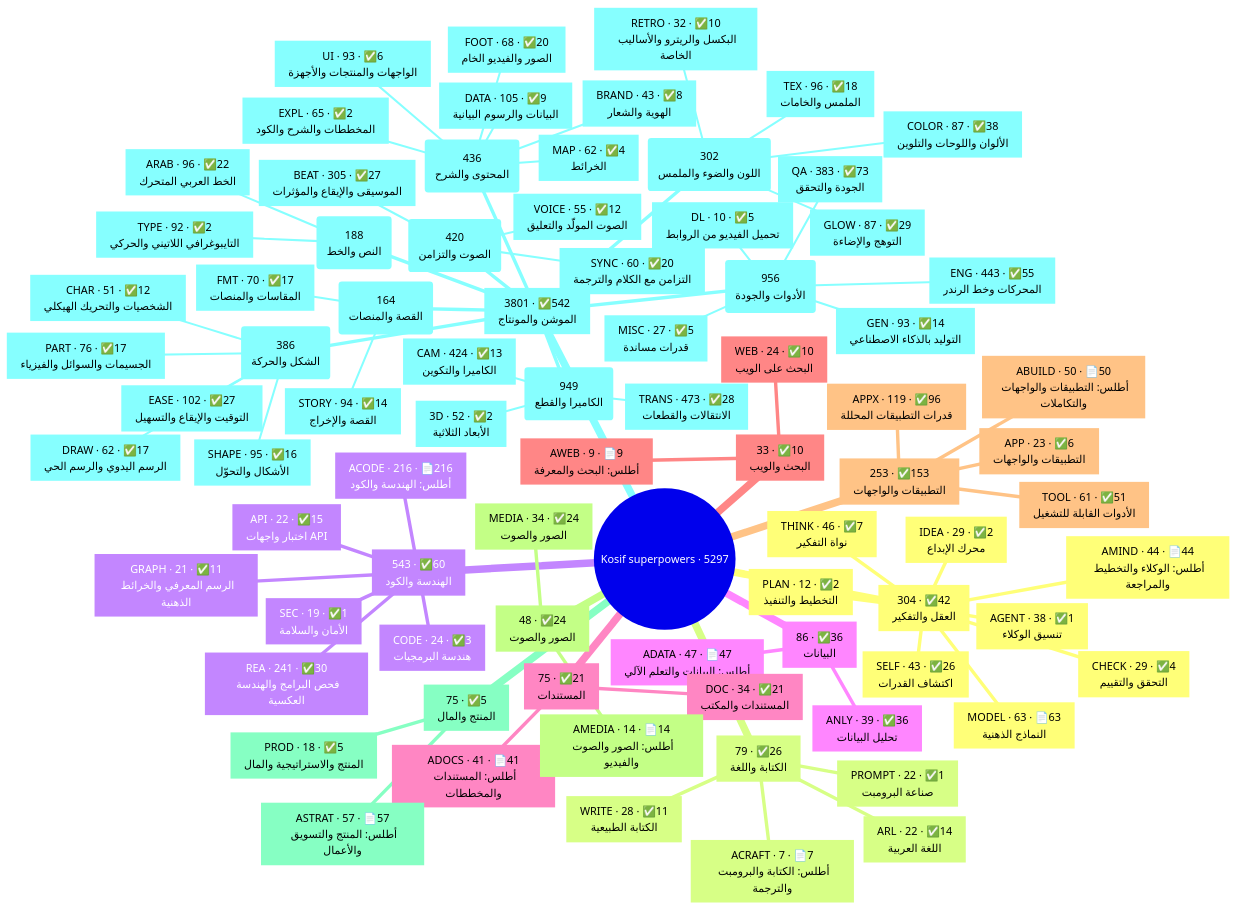
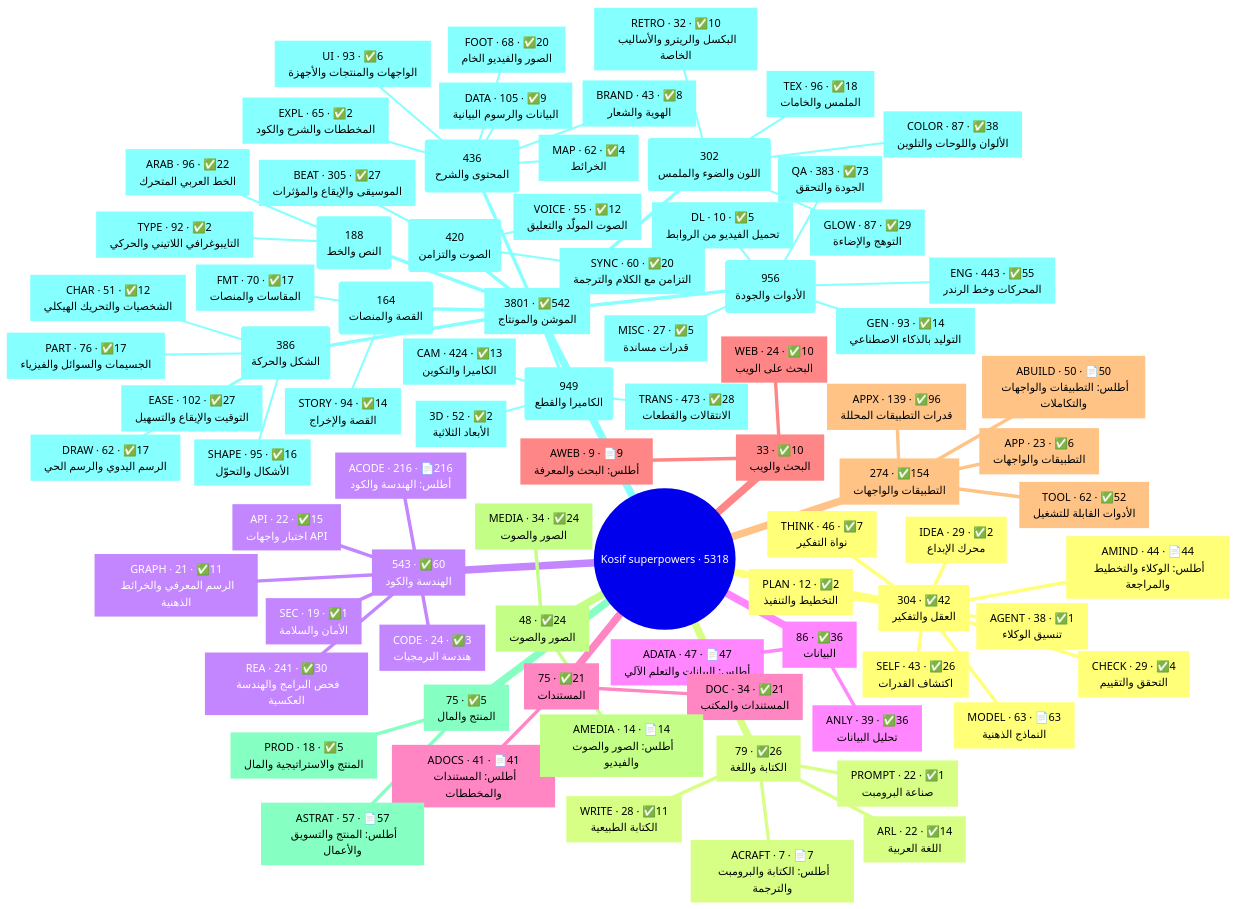
Before and after one commit to kosif199022-jpg/kosif-tool: the first of 2 diagrams in .claude/skills/kosif-superpowers/references/capability-map.md, drawn with Mermaid. The commit also changed other lines of this file and 37 other files, not shown here.

````diff
--- a/.claude/skills/kosif-superpowers/references/capability-map.md
+++ b/.claude/skills/kosif-superpowers/references/capability-map.md
@@ -18,6 +18,6 @@
 ```mermaid
 mindmap
-  root((Kosif superpowers · 5297))
+  root((Kosif superpowers · 5318))
     n1["`304 · ✅42
 العقل والتفكير`"]
       n2["`MODEL · 63 · 📄63
@@ -78,11 +78,11 @@
 البحث على الويب`"]
       n30["`AWEB · 9 · 📄9
 أطلس: البحث والمعرفة`"]
-    n31["`253 · ✅153
+    n31["`274 · ✅154
 التطبيقات والواجهات`"]
-      n32["`APPX · 119 · ✅96
+      n32["`APPX · 139 · ✅96
 قدرات التطبيقات المحللة`"]
-      n33["`TOOL · 61 · ✅51
+      n33["`TOOL · 62 · ✅52
 الأدوات القابلة للتشغيل`"]
       n34["`ABUILD · 50 · 📄50
 أطلس: التطبيقات والواجهات والتكاملات`"]
````
